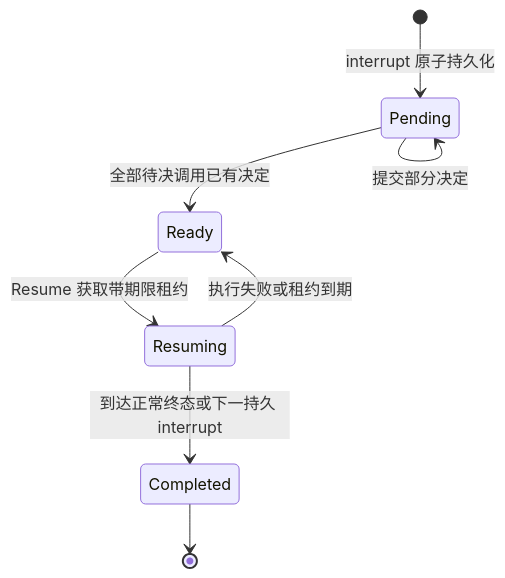
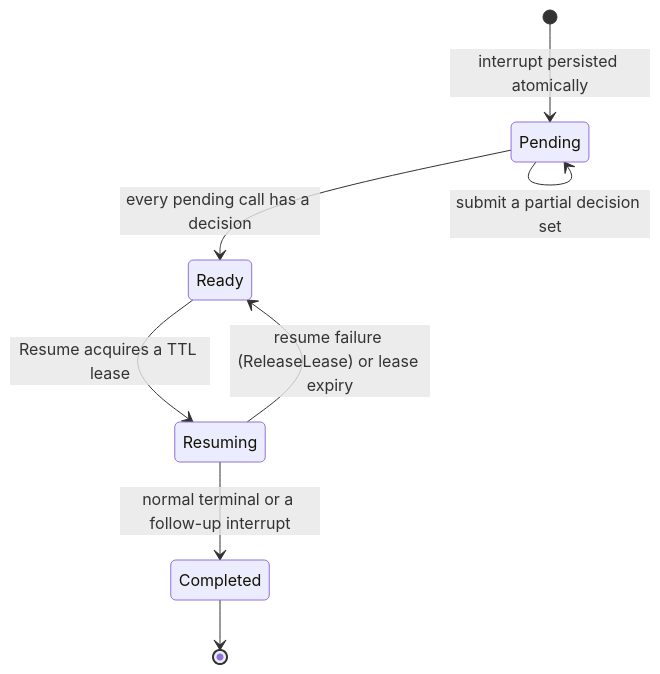
Before and after one commit to vogo/vage: the second of 2 diagrams in doc/domains/agent/orchestration/orchestration-design.md, drawn with Mermaid. The commit also changed other lines of this file and 22 other files, not shown here.

````diff
--- a/doc/domains/agent/orchestration/orchestration-design.md
+++ b/doc/domains/agent/orchestration/orchestration-design.md
@@ -59,10 +59,10 @@
 ```mermaid
 stateDiagram-v2
-    [*] --> Pending: interrupt 原子持久化
-    Pending --> Pending: 提交部分决定
-    Pending --> Ready: 全部待决调用已有决定
-    Ready --> Resuming: Resume 获取带期限租约
-    Resuming --> Completed: 到达正常终态或下一持久 interrupt
-    Resuming --> Ready: 执行失败或租约到期
+    [*] --> Pending: interrupt persisted atomically
+    Pending --> Pending: submit a partial decision set
+    Pending --> Ready: every pending call has a decision
+    Ready --> Resuming: Resume acquires a TTL lease
+    Resuming --> Completed: normal terminal or a follow-up interrupt
+    Resuming --> Ready: resume failure (ReleaseLease) or lease expiry
     Completed --> [*]
 ```
````
